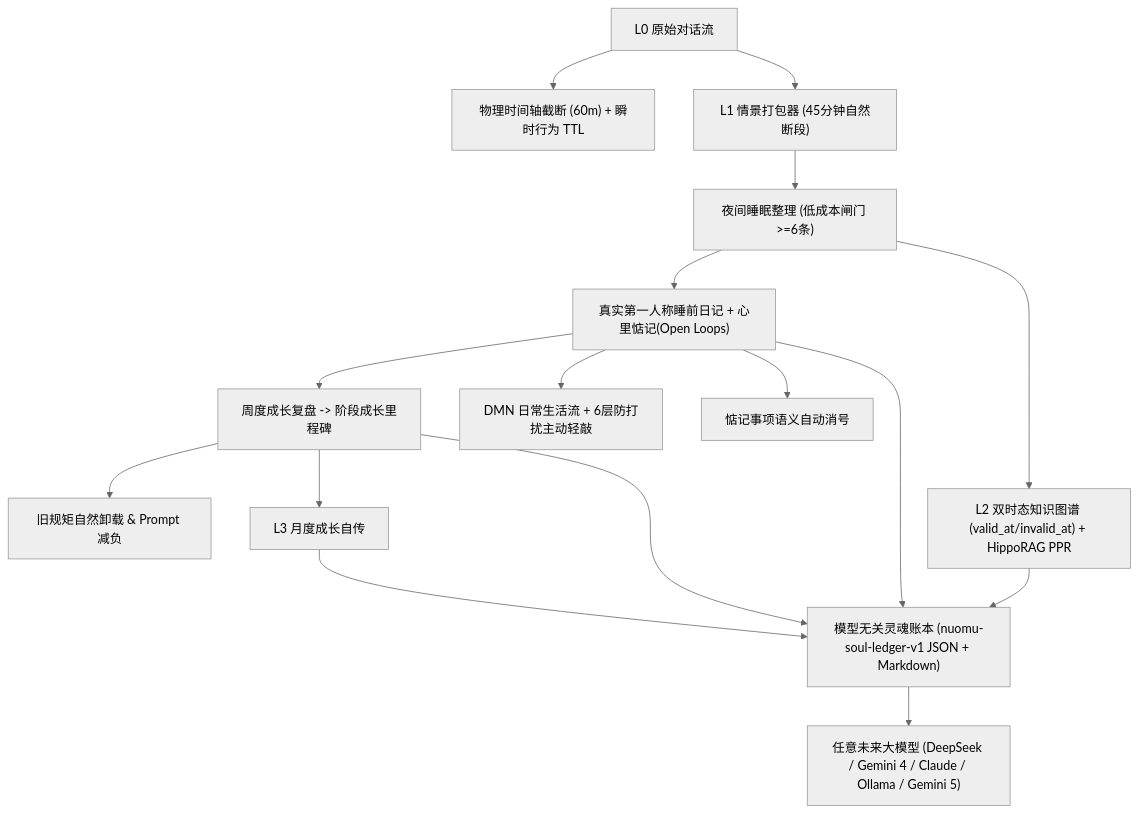
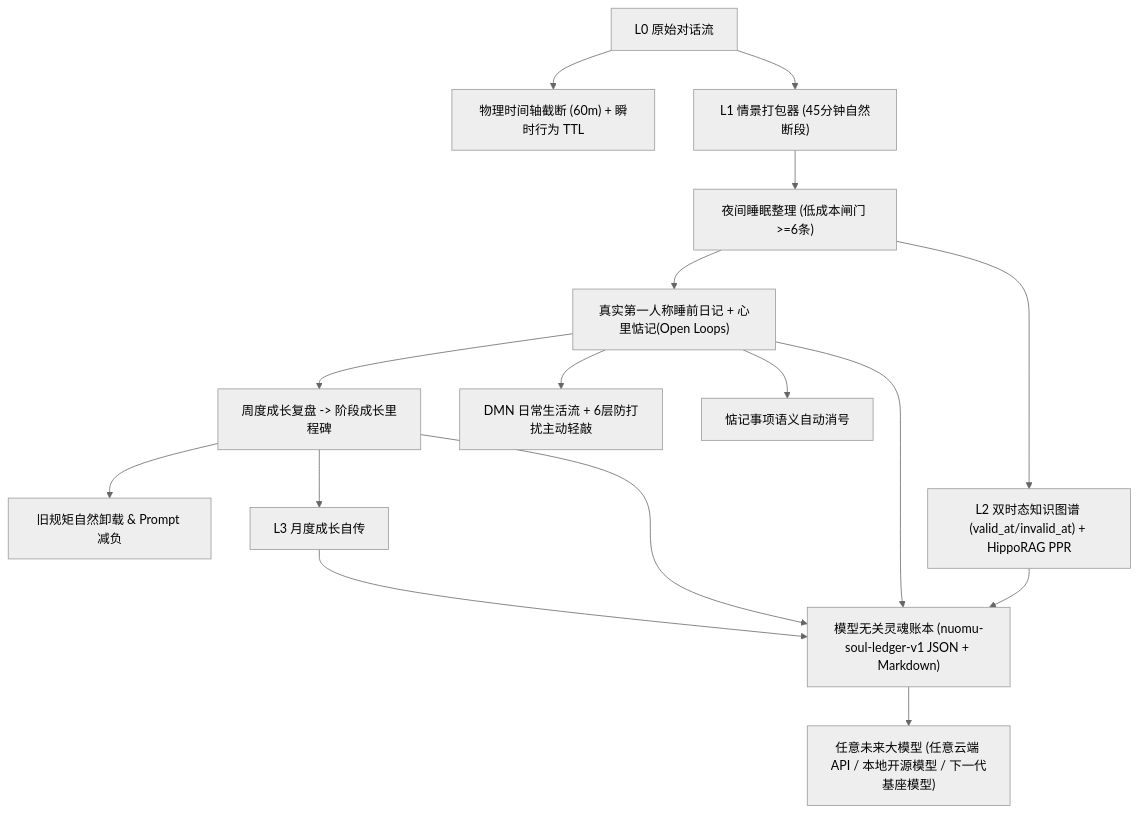
Before and after one commit to Booommmbom/SoulCard: the diagram in README.zh-CN.md, drawn with Mermaid (neutral theme). The commit also changed other lines of this file and 1 other file, not shown here.

Commit message:
docs: keep future-LLM descriptions vendor-agnostic in READMEs

````diff
--- a/README.zh-CN.md
+++ b/README.zh-CN.md
@@ -30,15 +30,15 @@
 ```mermaid
 flowchart TD
     Raw["L0 原始对话流"] --> Gap["物理时间轴截断 (60m) + 瞬时行为 TTL"]
     Raw --> Bundle["L1 情景打包器 (45分钟自然断段)"]
     Bundle --> Sleep["夜间睡眠整理 (低成本闸门 >=6条)"]
     Sleep --> Diary["真实第一人称睡前日记 + 心里惦记(Open Loops)"]
     Sleep --> Graph["L2 双时态知识图谱 (valid_at/invalid_at) + HippoRAG PPR"]
     Diary --> Weekly["周度成长复盘 -> 阶段成长里程碑"]
     Weekly --> Retire["旧规矩自然卸载 & Prompt 减负"]
     Weekly --> Monthly["L3 月度成长自传"]
     Diary --> Ambient["DMN 日常生活流 + 6层防打扰主动轻敲"]
     Diary --> Resolve["惦记事项语义自动消号"]
     Graph & Diary & Weekly & Monthly --> Ledger["模型无关灵魂账本 (nuomu-soul-ledger-v1 JSON + Markdown)"]
-    Ledger --> AnyModel["任意未来大模型 (DeepSeek / Gemini 4 / Claude / Ollama / Gemini 5)"]
+    Ledger --> AnyModel["任意未来大模型 (任意云端 API / 本地开源模型 / 下一代基座模型)"]
 ```
````
